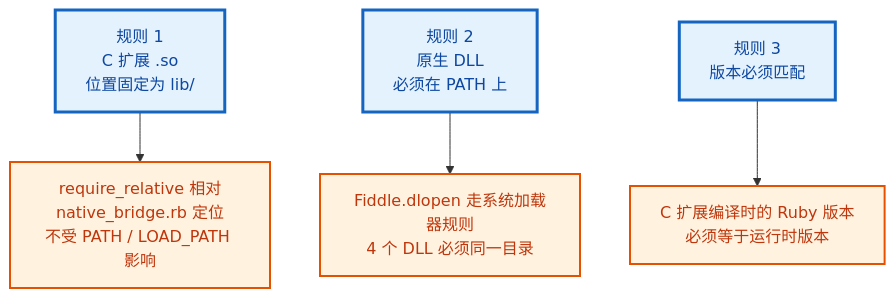
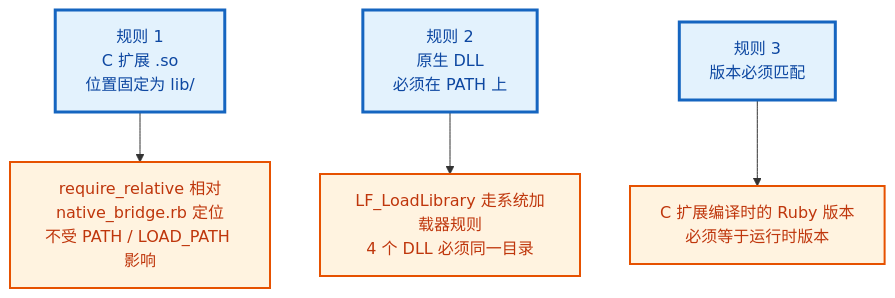
Before and after one commit to PassByYou888/LingoFuse: diagram 14 of 14 in ruby/README.md, drawn with Mermaid. The commit also changed other lines of this file and 21 other files, not shown here.

````diff
--- a/ruby/README.md
+++ b/ruby/README.md
@@ -1430,17 +1509,17 @@
 ```mermaid
 flowchart TD
     R1["规则 1<br/>C 扩展 .so<br/>位置固定为 lib/"]
     R1 --> R1D["require_relative 相对<br/>native_bridge.rb 定位<br/>不受 PATH / LOAD_PATH 影响"]
 
     R2["规则 2<br/>原生 DLL<br/>必须在 PATH 上"]
-    R2 --> R2D["Fiddle.dlopen 走系统加载器规则<br/>4 个 DLL 必须同一目录"]
+    R2 --> R2D["LF_LoadLibrary 走系统加载器规则<br/>4 个 DLL 必须同一目录"]
 
     R3["规则 3<br/>版本必须匹配"]
     R3 --> R3D["C 扩展编译时的 Ruby 版本<br/>必须等于运行时版本"]
 
     classDef rule fill:#E3F2FD,stroke:#1565C0,stroke-width:3px,color:#0D47A1
     classDef detail fill:#FFF3E0,stroke:#E65100,stroke-width:2px,color:#BF360C
 
     class R1,R2,R3 rule
     class R1D,R2D,R3D detail
 ```
````
